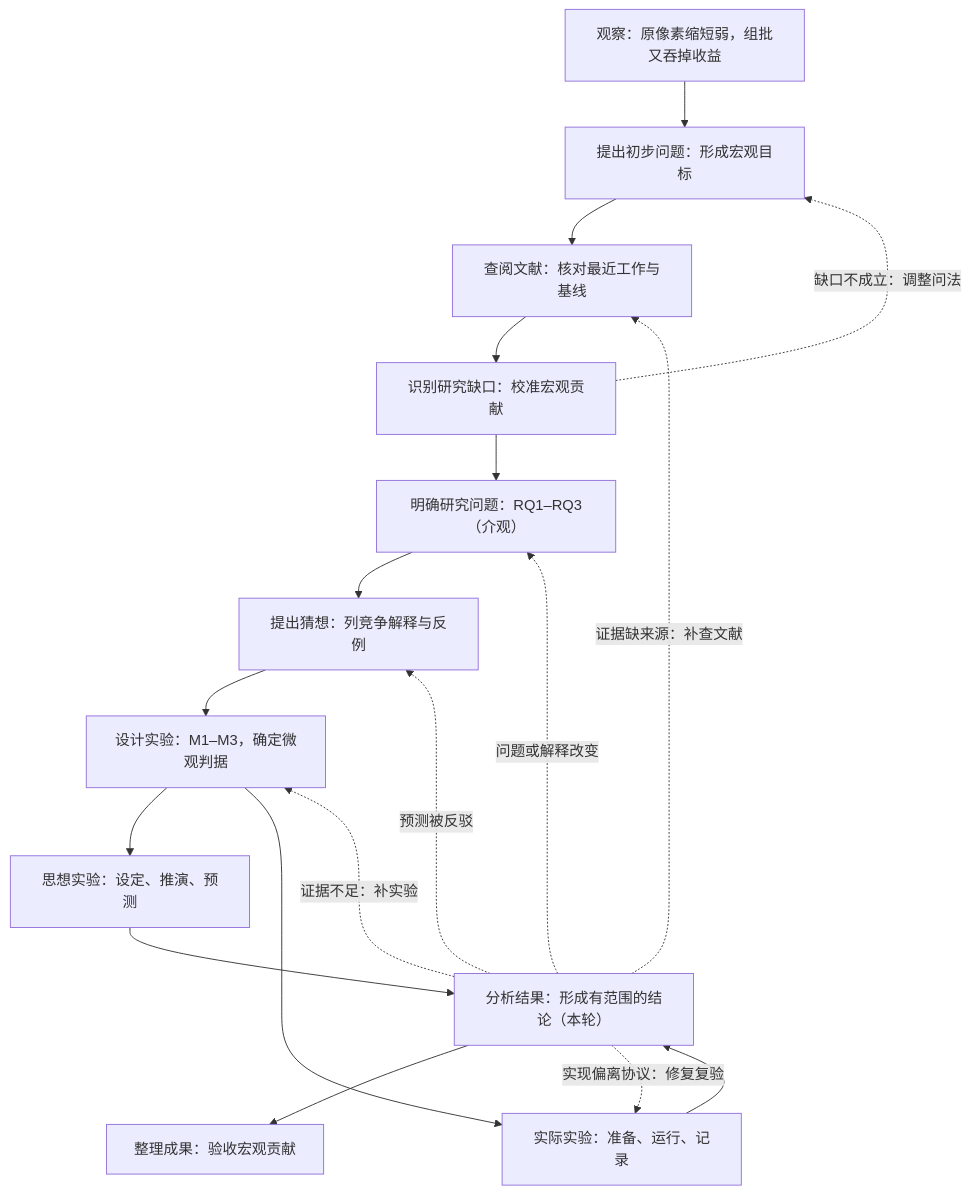
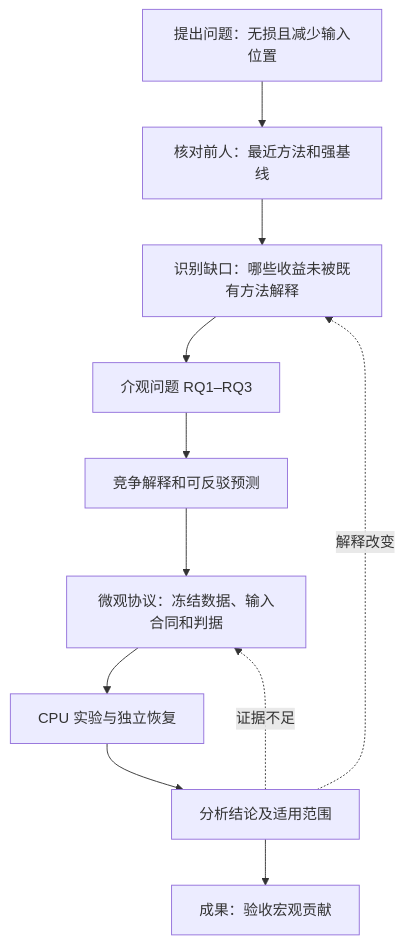
The diagram in docs/计划 Plan/研究计划 Research Plan MBPE.md (DreamSoul-AI/mbpe), drawn with Mermaid before and after one commit. The commit also changed other lines of this file and 32 other files, not shown here.

````diff
--- a/docs/计划 Plan/研究计划 Research Plan MBPE.md
+++ b/docs/计划 Plan/研究计划 Research Plan MBPE.md
@@ -11,20 +17,13 @@
 ```mermaid
 flowchart TD
-    O["观察：原像素缩短弱，组批又吞掉收益"] --> P["提出初步问题：形成宏观目标"]
-    P --> L["查阅文献：核对最近工作与基线"]
-    L --> G["识别研究缺口：校准宏观贡献"]
-    G --> Q["明确研究问题：RQ1–RQ3（介观）"]
-    Q --> H["提出猜想：列竞争解释与反例"]
-    H --> D["设计实验：M1–M3，确定微观判据"]
-    D --> T["思想实验：设定、推演、预测"]
-    D --> E["实际实验：准备、运行、记录"]
-    T --> A["分析结果：形成有范围的结论（本轮）"]
-    E --> A
-    A --> F["整理成果：验收宏观贡献"]
-    G -. "缺口不成立：调整问法" .-> P
-    A -. "证据缺来源：补查文献" .-> L
-    A -. "问题或解释改变" .-> Q
-    A -. "预测被反驳" .-> H
-    A -. "证据不足：补实验" .-> D
-    A -. "实现偏离协议：修复复验" .-> E
+    P[提出问题：无损且减少输入位置] --> L[核对前人：最近方法和强基线]
+    L --> G[识别缺口：哪些收益未被既有方法解释]
+    G --> Q[介观问题 RQ1–RQ3]
+    Q --> H[竞争解释和可反驳预测]
+    H --> E[微观协议：冻结数据、输入合同和判据]
+    E --> A[CPU 实验与独立恢复]
+    A --> C[分析结论及适用范围]
+    C --> W[成果：验收宏观贡献]
+    C -.解释改变.-> G
+    C -.证据不足.-> E
 ```
````
